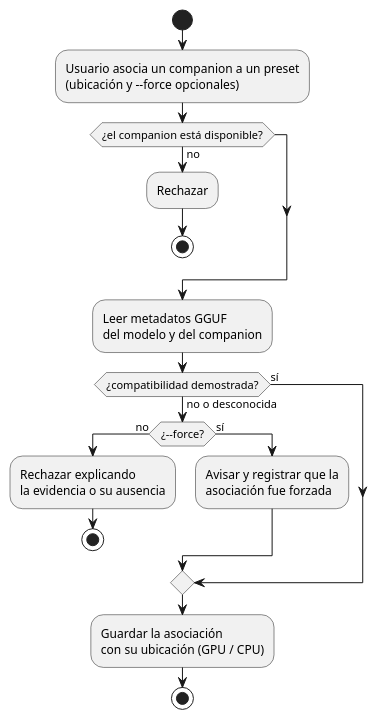
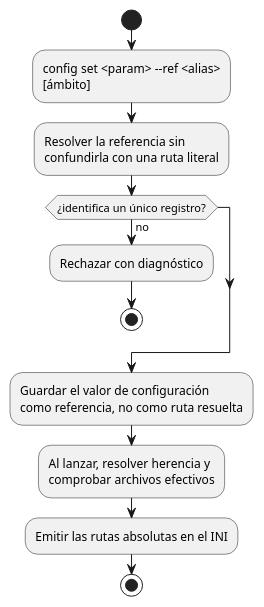
One commit to mstranich/coquena changed the eighth of 8 diagrams in docs/actividades.md. Above: the diagram before and after it, drawn with PlantUML. The commit also changed other lines of this file and 5 other files, not shown here.

````diff
--- a/docs/actividades.md
+++ b/docs/actividades.md
@@ -260,22 +268,15 @@
 ```plantuml
 @startuml
 start
-:Usuario asocia un companion a un preset\n(ubicación y --force opcionales);
-if (¿el companion está disponible?) then (no)
-  :Rechazar;
+:config set <param> --ref <alias>\n[ámbito];
+:Resolver la referencia sin\nconfundirla con una ruta literal;
+if (¿identifica un único registro?) then (no)
+  :Rechazar con diagnóstico;
   stop
 endif
-:Leer metadatos GGUF\ndel modelo y del companion;
-if (¿compatibilidad demostrada?) then (sí)
-else (no o desconocida)
-  if (¿--force?) then (no)
-    :Rechazar explicando\nla evidencia o su ausencia;
-    stop
-  else (sí)
-    :Avisar y registrar que la\nasociación fue forzada;
-  endif
-endif
-:Guardar la asociación\ncon su ubicación (GPU / CPU);
+:Guardar el valor de configuración\ncomo referencia, no como ruta resuelta;
+:Al lanzar, resolver herencia y\ncomprobar archivos efectivos;
+:Emitir las rutas absolutas en el INI;
 stop
 @enduml
 ```
````
